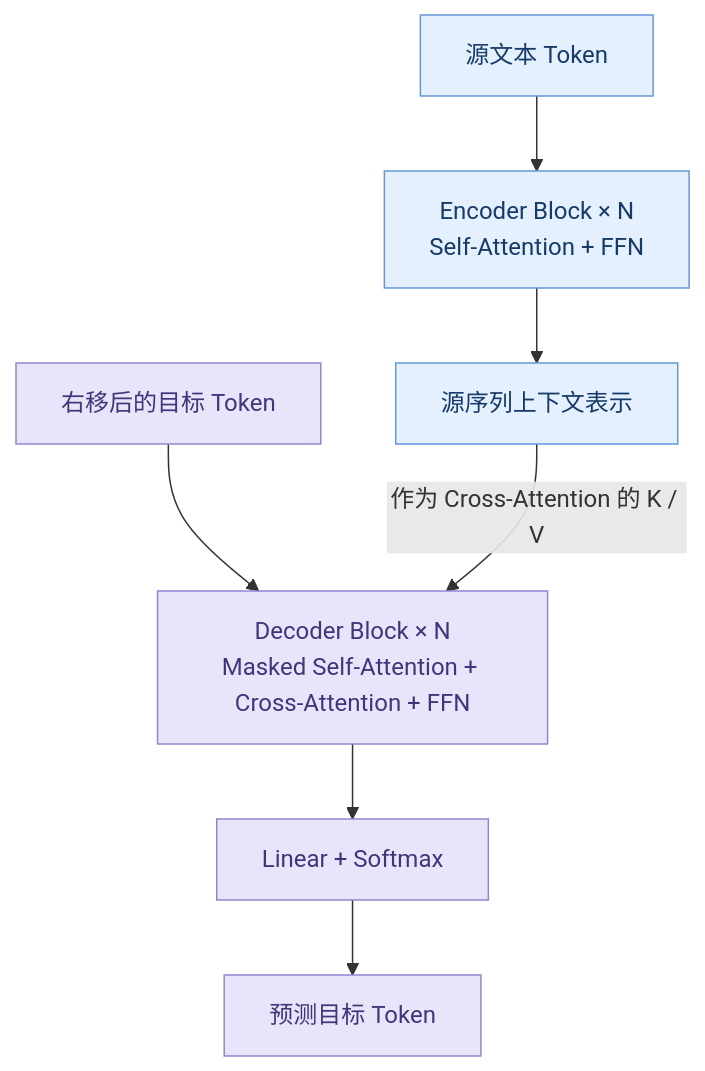
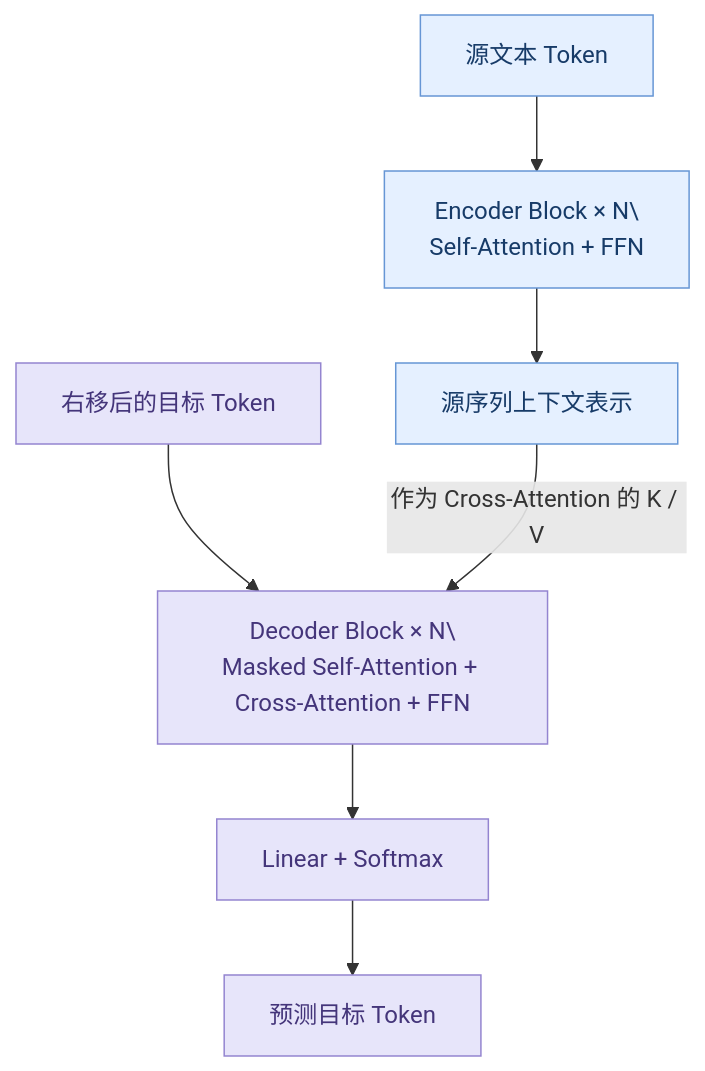
Before and after one commit to shufu151/Agent-Engineering-Handbook: the second of 6 diagrams in 01-LLM-Fundamentals/01-Transformer.md, drawn with Mermaid. The commit also changed other lines of this file, not shown here.

````diff
--- a/01-LLM-Fundamentals/01-Transformer.md
+++ b/01-LLM-Fundamentals/01-Transformer.md
@@ -78,13 +113,25 @@
 ```mermaid
+
 flowchart TB
-    IN[源文本 Token] --> EN[Encoder Block × N<br/>Self-Attention + FFN]
-    EN --> MEMORY[源序列上下文表示]
-    OUT[右移后的目标 Token] --> DE[Decoder Block × N<br/>Masked Self-Attention + Cross-Attention + FFN]
-    MEMORY -->|作为 Cross-Attention 的 K / V| DE
-    DE --> LINEAR[Linear + Softmax]
-    LINEAR --> NEXT[预测目标 Token]
-    classDef enc fill:#e5f0ff,stroke:#6696d5,color:#173b68;
-    classDef dec fill:#e7e5fa,stroke:#9485d0,color:#44357a;
-    class IN,EN,MEMORY enc;
-    class OUT,DE,LINEAR,NEXT dec;
+
+    IN[源文本 Token] --> EN[Encoder Block × N\<br/>Self-Attention + FFN]
+
+    EN --> MEMORY[源序列上下文表示]
+
+    OUT[右移后的目标 Token] --> DE[Decoder Block × N\<br/>Masked Self-Attention + Cross-Attention + FFN]
+
+    MEMORY -->|作为 Cross-Attention 的 K / V| DE
+
+    DE --> LINEAR[Linear + Softmax]
+
+    LINEAR --> NEXT[预测目标 Token]
+
+    classDef enc fill:#e5f0ff,stroke:#6696d5,color:#173b68;
+
+    classDef dec fill:#e7e5fa,stroke:#9485d0,color:#44357a;
+
+    class IN,EN,MEMORY enc;
+
+    class OUT,DE,LINEAR,NEXT dec;
+
 ```
````
